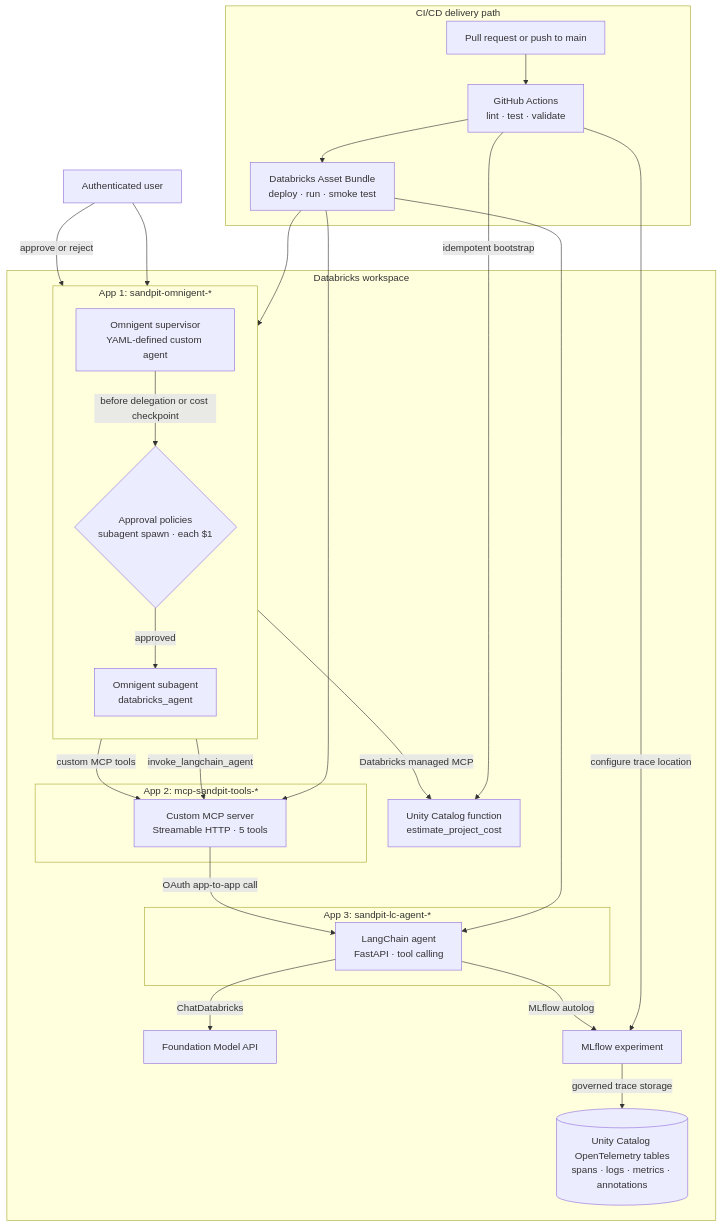
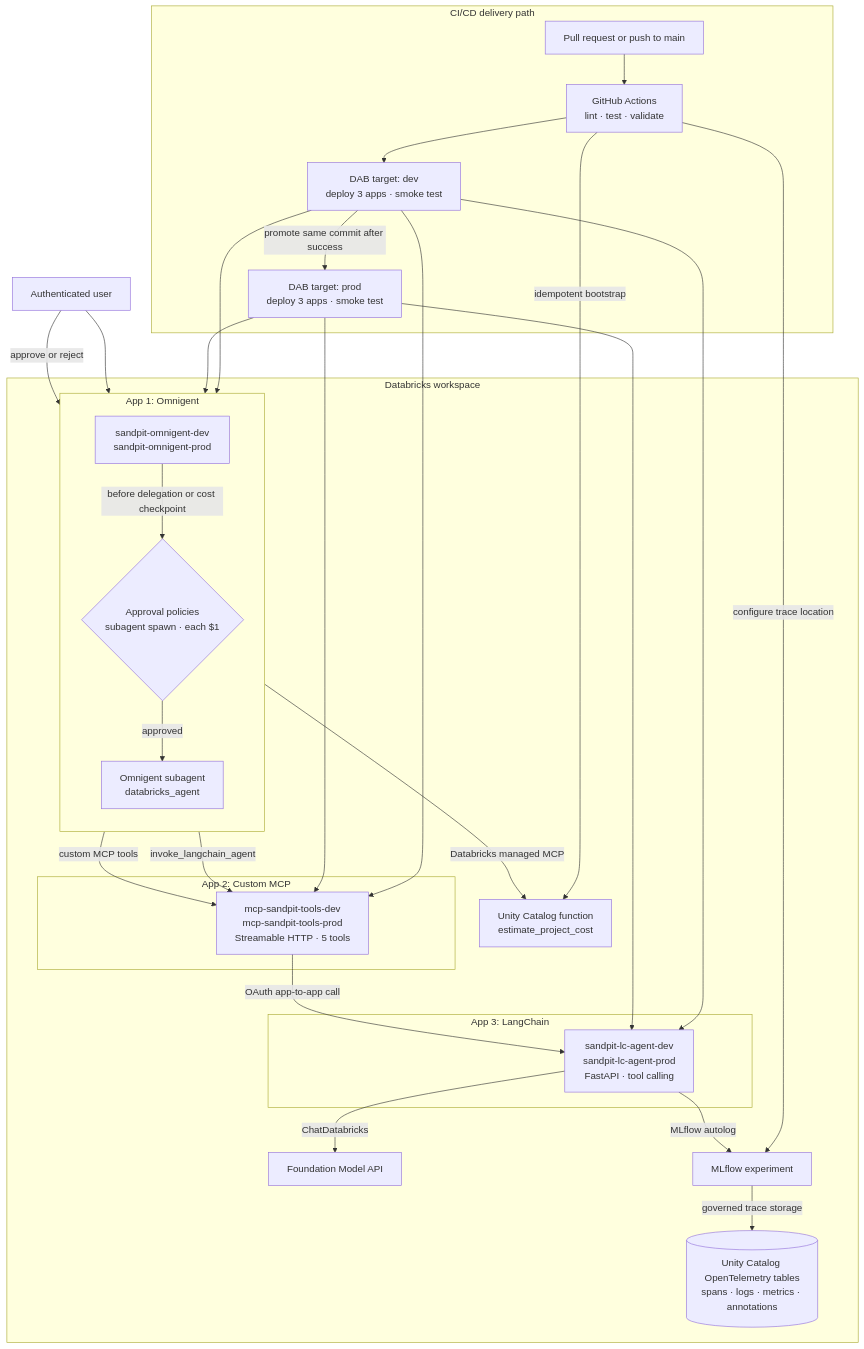
One commit to zacdav-db/databricks-agent-cicd-sandpit changed the diagram in README.md. Above: the diagram before and after it, drawn with Mermaid. The commit also changed other lines of this file and 4 other files, not shown here.

````diff
--- a/README.md
+++ b/README.md
@@ -16,51 +17,56 @@
 ```mermaid
 flowchart TB
     User["Authenticated user"]
 
     subgraph Delivery["CI/CD delivery path"]
         Git["Pull request or push to main"]
         CI["GitHub Actions<br/>lint · test · validate"]
-        Bundle["Databricks Asset Bundle<br/>deploy · run · smoke test"]
-        Git --> CI --> Bundle
+        DevTarget["DAB target: dev<br/>deploy 3 apps · smoke test"]
+        ProdTarget["DAB target: prod<br/>deploy 3 apps · smoke test"]
+        Git --> CI --> DevTarget
+        DevTarget -->|"promote same commit after success"| ProdTarget
     end
 
     subgraph Workspace["Databricks workspace"]
-        subgraph OmniApp["App 1: sandpit-omnigent-*"]
+        subgraph OmniApp["App 1: Omnigent"]
             direction TB
-            Omni["Omnigent supervisor<br/>YAML-defined custom agent"]
+            Omni["sandpit-omnigent-dev<br/>sandpit-omnigent-prod"]
             Policy{"Approval policies<br/>subagent spawn · each $1"}
             Subagent["Omnigent subagent<br/>databricks_agent"]
         end
 
-        subgraph MCPApp["App 2: mcp-sandpit-tools-*"]
-            MCP["Custom MCP server<br/>Streamable HTTP · 5 tools"]
+        subgraph MCPApp["App 2: Custom MCP"]
+            MCP["mcp-sandpit-tools-dev<br/>mcp-sandpit-tools-prod<br/>Streamable HTTP · 5 tools"]
         end
 
-        subgraph LangChainApp["App 3: sandpit-lc-agent-*"]
-            LangChain["LangChain agent<br/>FastAPI · tool calling"]
+        subgraph LangChainApp["App 3: LangChain"]
+            LangChain["sandpit-lc-agent-dev<br/>sandpit-lc-agent-prod<br/>FastAPI · tool calling"]
         end
 
         UC["Unity Catalog function<br/>estimate_project_cost"]
         Model["Foundation Model API"]
         Experiment["MLflow experiment"]
         Traces[("Unity Catalog OpenTelemetry tables<br/>spans · logs · metrics · annotations")]
     end
 
-    Bundle --> Omni
-    Bundle --> MCP
-    Bundle --> LangChain
+    DevTarget --> Omni
+    DevTarget --> MCP
+    DevTarget --> LangChain
+    ProdTarget --> Omni
+    ProdTarget --> MCP
+    ProdTarget --> LangChain
     CI -->|"idempotent bootstrap"| UC
     CI -->|"configure trace location"| Experiment
 
     User --> Omni
     Omni -->|"before delegation or cost checkpoint"| Policy
     User -->|"approve or reject"| Policy
     Policy -->|"approved"| Subagent
     Subagent -->|"invoke_langchain_agent"| MCP
     Omni -->|"custom MCP tools"| MCP
     Omni -->|"Databricks managed MCP"| UC
     MCP -->|"OAuth app-to-app call"| LangChain
     LangChain -->|"ChatDatabricks"| Model
     LangChain -->|"MLflow autolog"| Experiment
     Experiment -->|"governed trace storage"| Traces
 ```
````
